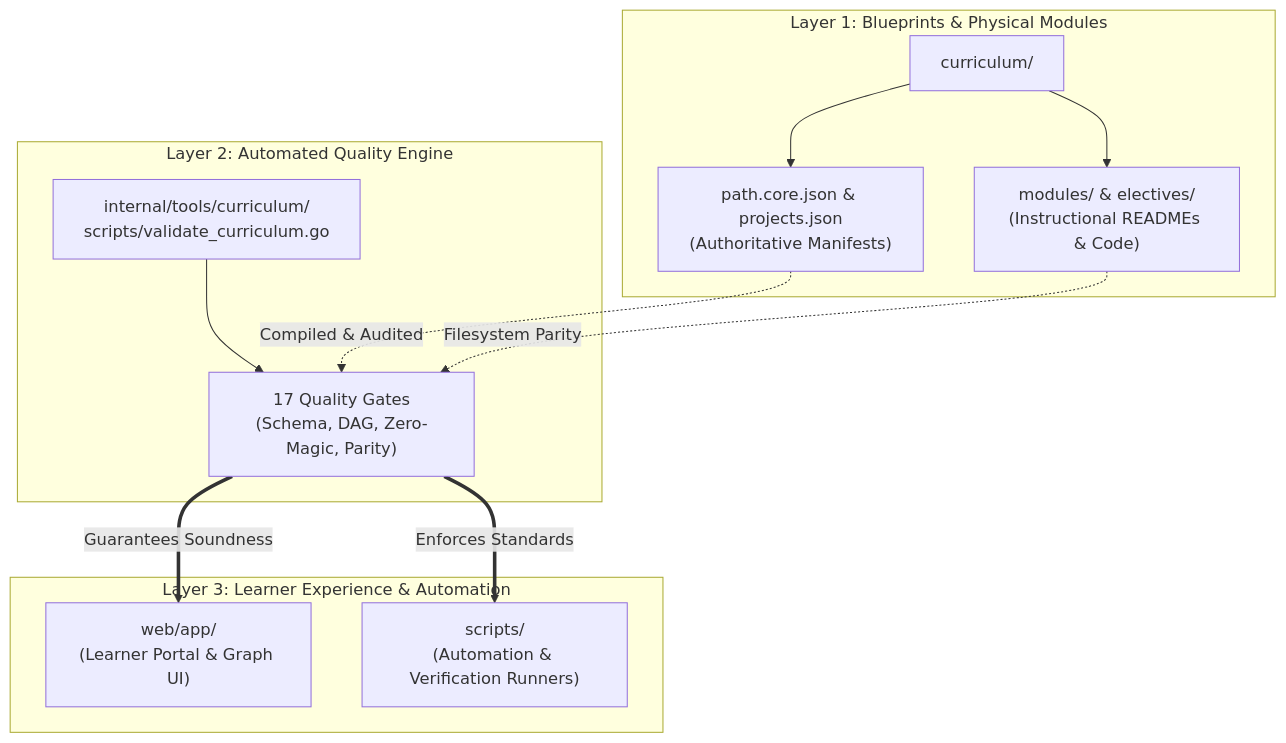
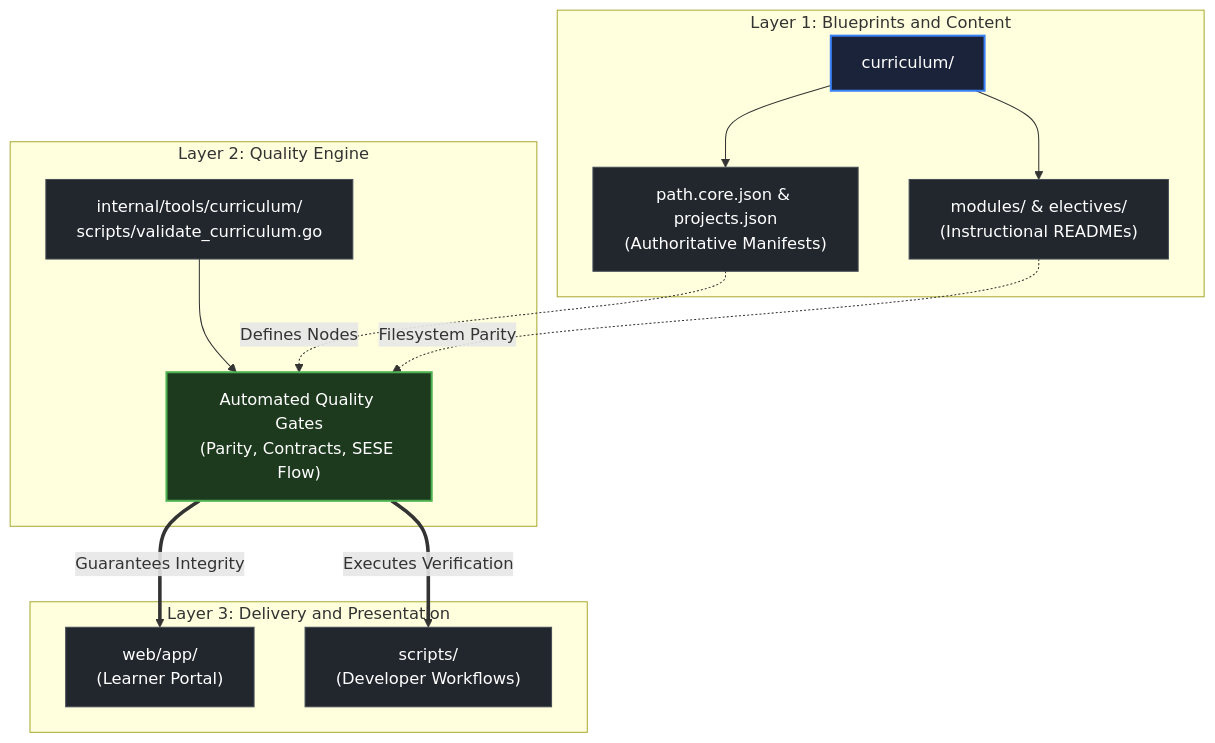
Before and after one commit to swe-labs/the-go-engineer: the diagram in curriculum/modules/00-orientation/lessons/01-how-to-use-this-repository/README.md, drawn with Mermaid. The commit also changed other lines of this file and 42 other files, not shown here.

````diff
--- a/curriculum/modules/00-orientation/lessons/01-how-to-use-this-repository/README.md
+++ b/curriculum/modules/00-orientation/lessons/01-how-to-use-this-repository/README.md
@@ -36,30 +33,31 @@
 ```mermaid
 flowchart TD
     classDef frontDoor fill:#1a233a,stroke:#3b82f6,stroke-width:2px,color:#ffffff;
     classDef exitGate fill:#1e3a1e,stroke:#4caf50,stroke-width:2px,color:#ffffff;
     classDef standardNode fill:#22272e,stroke:#444c56,stroke-width:1px,color:#ffffff;
     classDef capstoneNode fill:#2d2215,stroke:#f59e0b,stroke-width:2px,color:#ffffff;
-    subgraph Storage ["Layer 1: Blueprints & Physical Modules"]
-        C["curriculum/"]
-        M["path.core.json & projects.json<br/>(Authoritative Manifests)"]
-        MOD["modules/ & electives/<br/>(Instructional READMEs & Code)"]
+
+    subgraph Layer1 ["Layer 1: Blueprints and Content"]
+        C["curriculum/"]:::frontDoor
+        M["path.core.json & projects.json<br/>(Authoritative Manifests)"]:::standardNode
+        MOD["modules/ & electives/<br/>(Instructional READMEs)"]:::standardNode
         C --> M
         C --> MOD
     end
 
-    subgraph Quality ["Layer 2: Automated Quality Engine"]
-        T["internal/tools/curriculum/<br/>scripts/validate_curriculum.go"]
-        G["17 Quality Gates<br/>(Schema, DAG, Zero-Magic, Parity)"]
+    subgraph Layer2 ["Layer 2: Quality Engine"]
+        T["internal/tools/curriculum/<br/>scripts/validate_curriculum.go"]:::standardNode
+        G["Automated Quality Gates<br/>(Parity, Contracts, SESE Flow)"]:::exitGate
         T --> G
     end
 
-    subgraph Presentation ["Layer 3: Learner Experience & Automation"]
-        W["web/app/<br/>(Learner Portal & Graph UI)"]
-        S["scripts/<br/>(Automation & Verification Runners)"]
+    subgraph Layer3 ["Layer 3: Delivery and Presentation"]
+        W["web/app/<br/>(Learner Portal)"]:::standardNode
+        S["scripts/<br/>(Developer Workflows)"]:::standardNode
     end
 
-    M -.->|Compiled & Audited| G
+    M -.->|Defines Nodes| G
     MOD -.->|Filesystem Parity| G
-    G ==>|Guarantees Soundness| W
-    G ==>|Enforces Standards| S
+    G ==>|Guarantees Integrity| W
+    G ==>|Executes Verification| S
 ```
````
